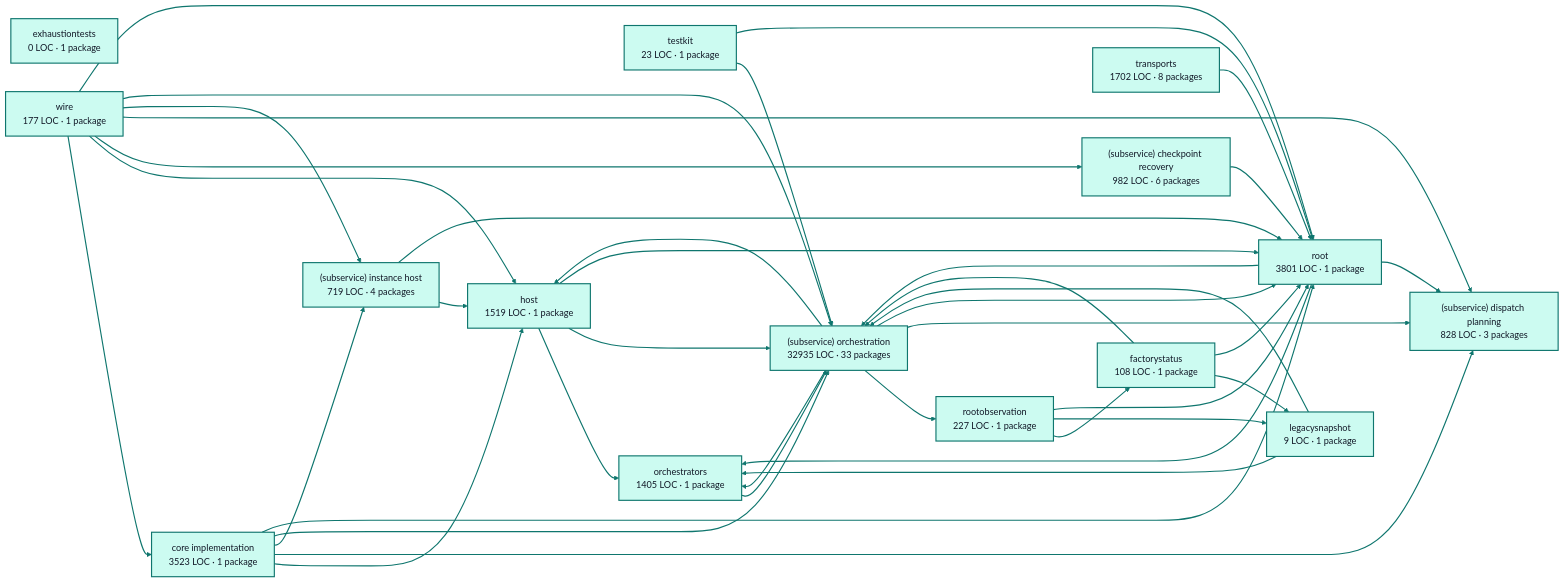
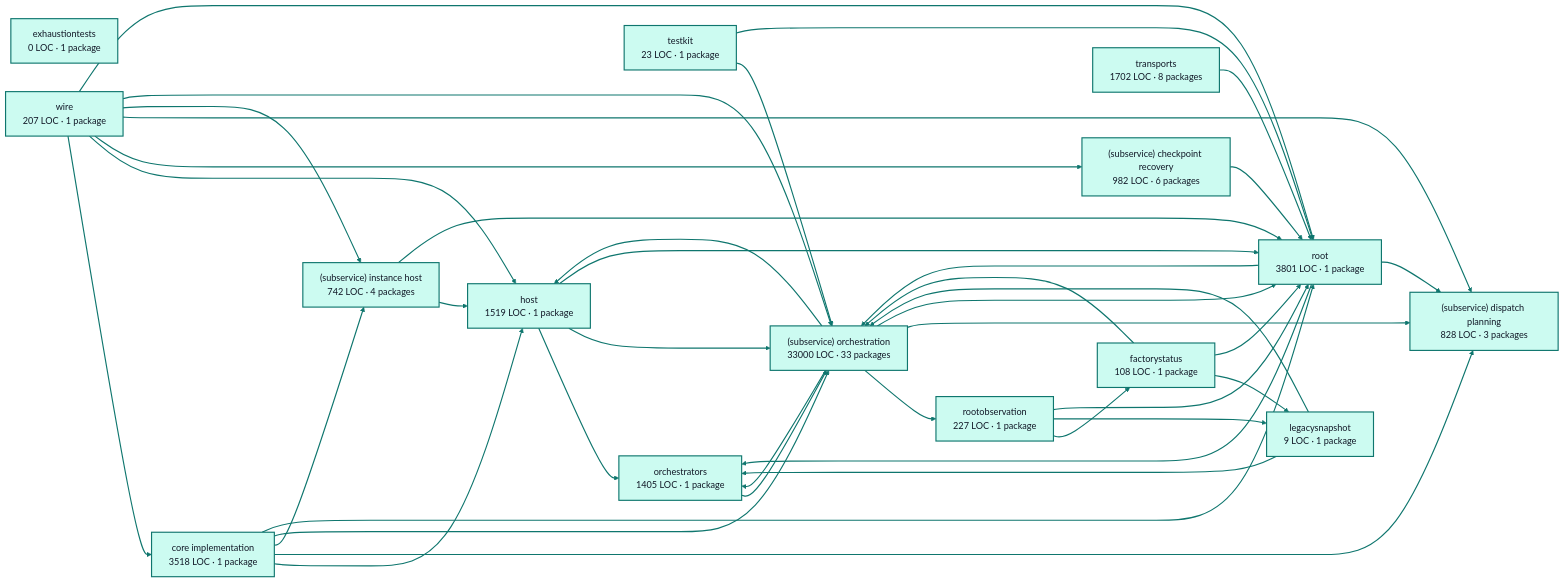
One commit to portpowered/you-agent-factory changed the diagram in docs/architecture/visualizations/services/factory_runtime.md. Above: the diagram before and after it, drawn with Mermaid. The commit also changed other lines of this file and 20 other files, not shown here.

Commit message:
docs: refresh backend architecture visualizations

````diff
--- a/docs/architecture/visualizations/services/factory_runtime.md
+++ b/docs/architecture/visualizations/services/factory_runtime.md
@@ -11,72 +11,72 @@
 ```mermaid
 flowchart LR
-  p0["core implementation<br/>3523 LOC · 1 package"]
+  p0["core implementation<br/>3518 LOC · 1 package"]
   p1["exhaustiontests<br/>0 LOC · 1 package"]
   p2["factorystatus<br/>108 LOC · 1 package"]
   p3["host<br/>1519 LOC · 1 package"]
   p4["legacysnapshot<br/>9 LOC · 1 package"]
   p5["orchestrators<br/>1405 LOC · 1 package"]
   p6["rootobservation<br/>227 LOC · 1 package"]
   p7["(subservice) checkpoint recovery<br/>982 LOC · 6 packages"]
   p8["(subservice) dispatch planning<br/>828 LOC · 3 packages"]
-  p9["(subservice) instance host<br/>719 LOC · 4 packages"]
-  p10["(subservice) orchestration<br/>32935 LOC · 33 packages"]
+  p9["(subservice) instance host<br/>742 LOC · 4 packages"]
+  p10["(subservice) orchestration<br/>33000 LOC · 33 packages"]
   p11["testkit<br/>23 LOC · 1 package"]
   p12["root<br/>3801 LOC · 1 package"]
   p13["transports<br/>1702 LOC · 8 packages"]
-  p14["wire<br/>177 LOC · 1 package"]
+  p14["wire<br/>207 LOC · 1 package"]
   p0 --> p3
   p0 --> p8
   p0 --> p9
   p0 --> p10
   p0 --> p12
   p2 --> p4
   p2 --> p10
   p2 --> p12
   p3 --> p5
   p3 --> p10
   p3 --> p12
   p4 --> p5
   p4 --> p10
   p5 --> p10
   p6 --> p2
   p6 --> p4
   p6 --> p12
   p7 --> p12
   p9 --> p3
   p9 --> p12
   p10 --> p3
   p10 --> p5
   p10 --> p6
   p10 --> p8
   p10 --> p12
   p11 --> p10
   p11 --> p12
   p12 --> p5
   p12 --> p8
   p12 --> p10
   p13 --> p12
   p14 --> p0
   p14 --> p3
   p14 --> p7
   p14 --> p8
   p14 --> p9
   p14 --> p10
   p14 --> p12
   style p0 fill:#ccfbf1,stroke:#0f766e,stroke-width:2px,color:#111827
   style p1 fill:#ccfbf1,stroke:#0f766e,stroke-width:2px,color:#111827
   style p2 fill:#ccfbf1,stroke:#0f766e,stroke-width:2px,color:#111827
   style p3 fill:#ccfbf1,stroke:#0f766e,stroke-width:2px,color:#111827
   style p4 fill:#ccfbf1,stroke:#0f766e,stroke-width:2px,color:#111827
   style p5 fill:#ccfbf1,stroke:#0f766e,stroke-width:2px,color:#111827
   style p6 fill:#ccfbf1,stroke:#0f766e,stroke-width:2px,color:#111827
   style p7 fill:#ccfbf1,stroke:#0f766e,stroke-width:2px,color:#111827
   style p8 fill:#ccfbf1,stroke:#0f766e,stroke-width:2px,color:#111827
   style p9 fill:#ccfbf1,stroke:#0f766e,stroke-width:2px,color:#111827
   style p10 fill:#ccfbf1,stroke:#0f766e,stroke-width:2px,color:#111827
   style p11 fill:#ccfbf1,stroke:#0f766e,stroke-width:2px,color:#111827
   style p12 fill:#ccfbf1,stroke:#0f766e,stroke-width:2px,color:#111827
   style p13 fill:#ccfbf1,stroke:#0f766e,stroke-width:2px,color:#111827
   style p14 fill:#ccfbf1,stroke:#0f766e,stroke-width:2px,color:#111827
   linkStyle default stroke:#0f766e,stroke-width:2px
 ```
````
